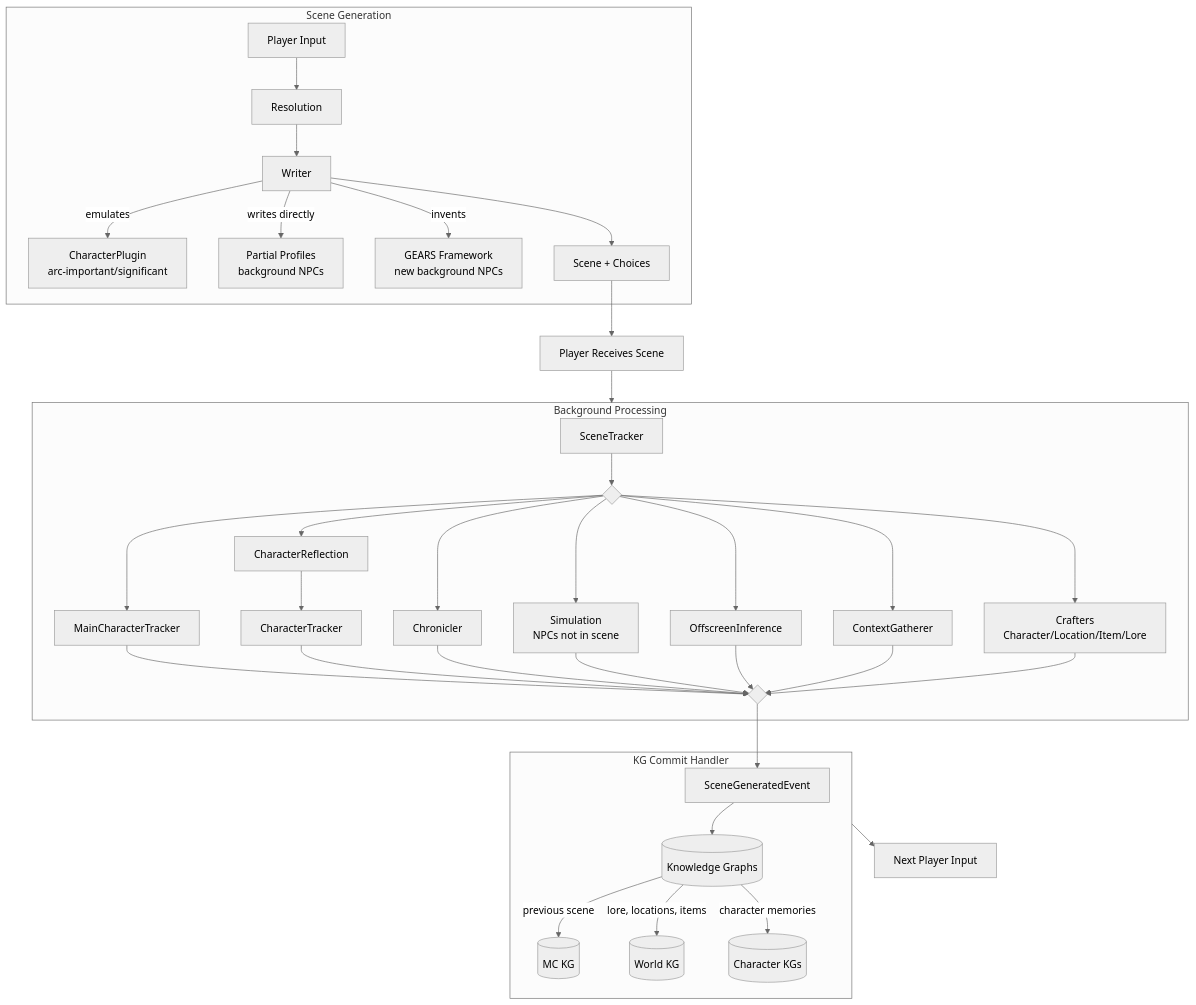
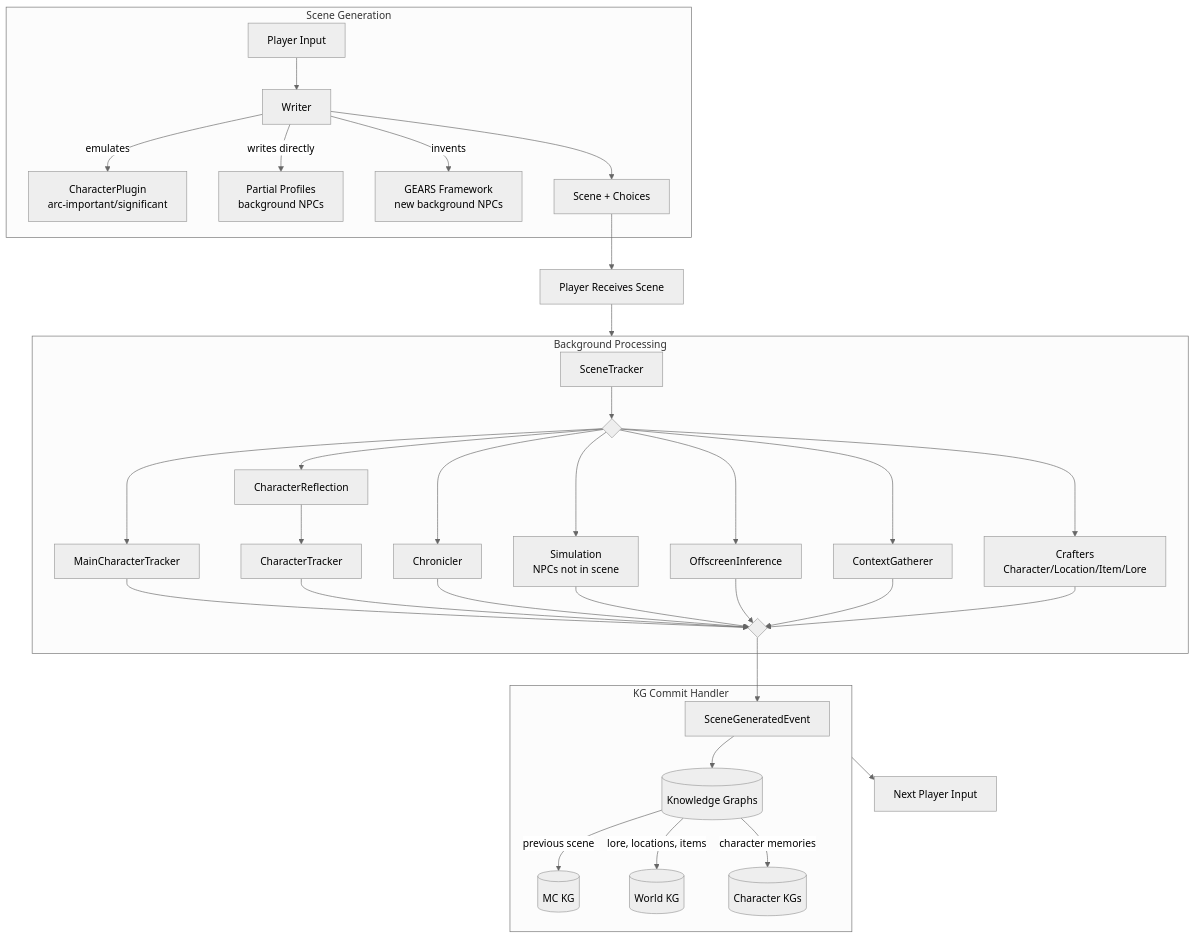
The second of 2 diagrams in doc/FableCraftSystemOverview.md (Czopenchauer/FableCraft), drawn with Mermaid (neutral theme) before and after one commit. The commit also changed other lines of this file, not shown here.

Commit message:
feat: doc for scene tracer, writer and main character tracker

````diff
--- a/doc/FableCraftSystemOverview.md
+++ b/doc/FableCraftSystemOverview.md
@@ -296,46 +486,45 @@
 ```mermaid
 flowchart TD
     subgraph SceneGen["Scene Generation"]
-        Input[Player Input] --> Res[Resolution]
-        Res --> Writer
+        Input[Player Input] --> Writer
         Writer -->|emulates| CP[CharacterPlugin<br/>arc-important/significant]
         Writer -->|writes directly| Partial[Partial Profiles<br/>background NPCs]
         Writer -->|invents| GEARS[GEARS Framework<br/>new background NPCs]
         Writer --> Output[Scene + Choices]
     end
 
     Output --> Player[Player Receives Scene]
     Player --> BG
 
     subgraph BG["Background Processing"]
         ST[SceneTracker] --> ParallelStart{ }
         
         ParallelStart --> MCT[MainCharacterTracker]
         ParallelStart --> CR[CharacterReflection]
         CR --> CT[CharacterTracker]
         ParallelStart --> Chron[Chronicler]
         ParallelStart --> Sim[Simulation<br/>NPCs not in scene]
         ParallelStart --> OI[OffscreenInference]
         ParallelStart --> CG[ContextGatherer]
         ParallelStart --> Crafters[Crafters<br/>Character/Location/Item/Lore]
         
         MCT --> Done{ }
         CT --> Done
         Chron --> Done
         Sim --> Done
         OI --> Done
         CG --> Done
         Crafters --> Done
     end
 
     Done --> Event[SceneGeneratedEvent]
     
     subgraph Commit["KG Commit Handler"]
         Event --> KG[(Knowledge Graphs)]
         KG -->|previous scene| MCKG[(MC KG)]
         KG -->|lore, locations, items| WKG[(World KG)]
         KG -->|character memories| CharKG[(Character KGs)]
     end
 
     Commit --> NextInput[Next Player Input]
 ```
````
